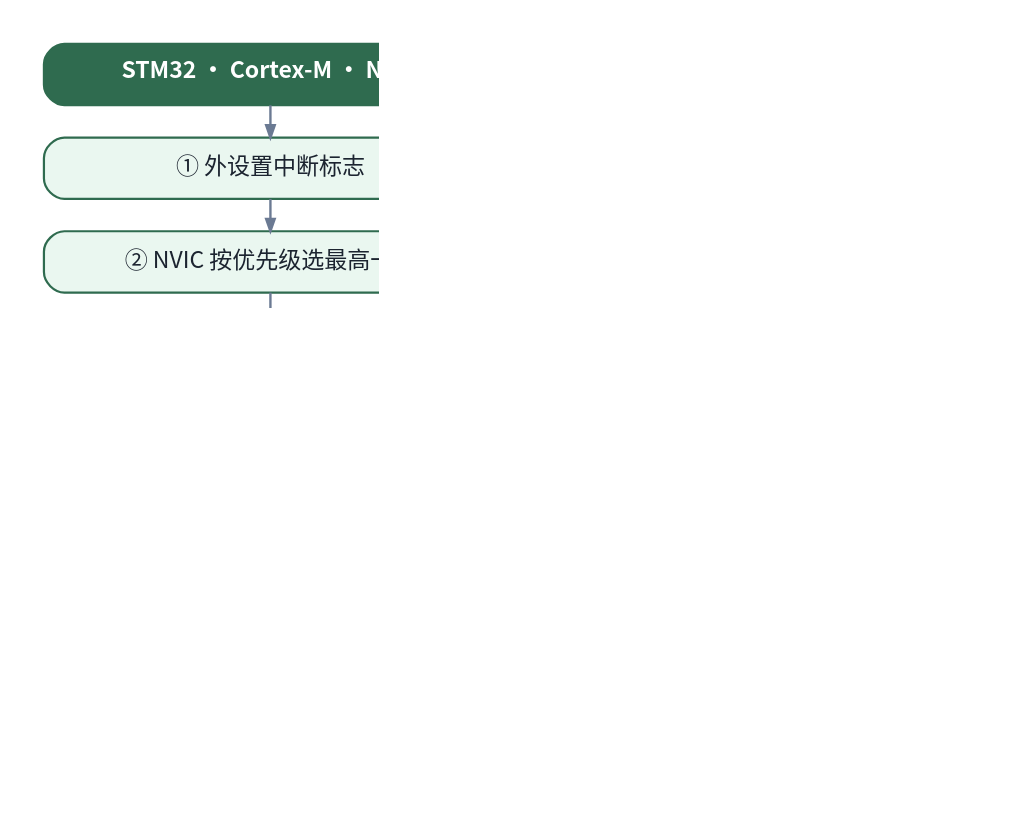
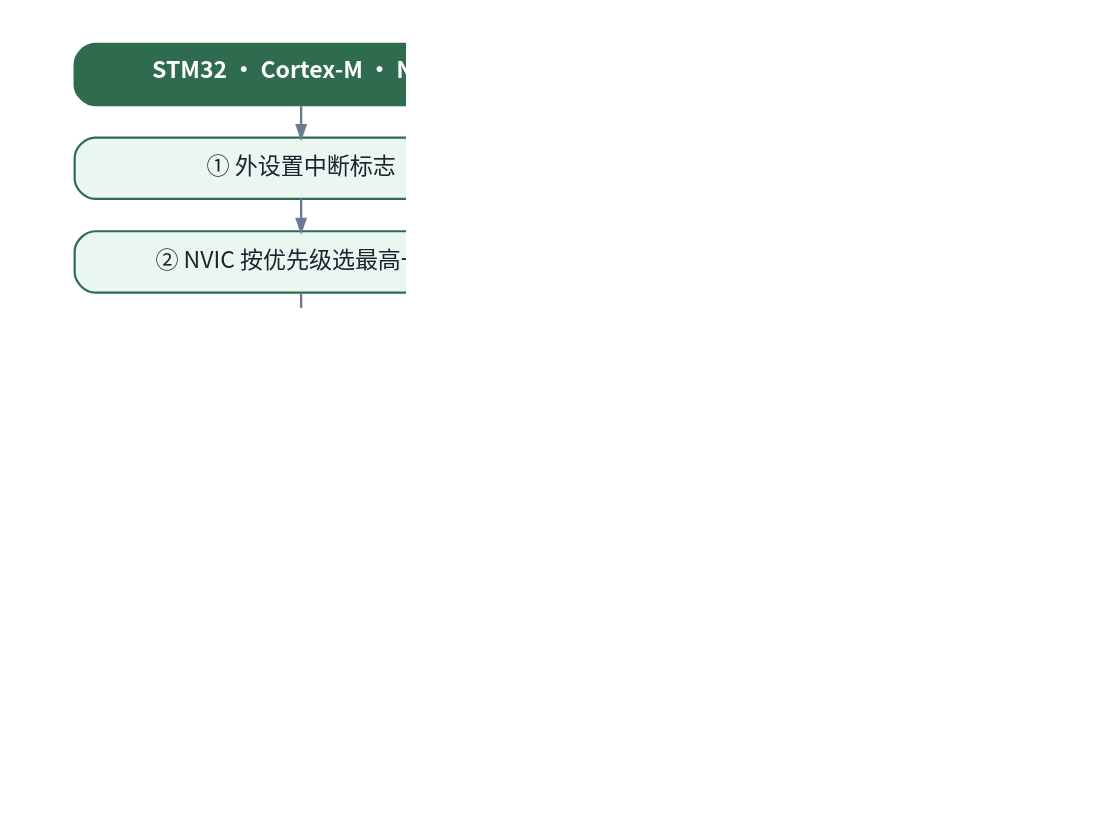
One commit to guotao-sun/embedded-knowledge-notes changed the diagram in images/kernel-irq-compare.dot. Above: the diagram before and after it, drawn with Graphviz. The commit also changed 2 other files, not shown here.

Commit message:
docs: 对比图与 04 章改用"跑软中断"替代生硬的"点火"表述

```diff
--- a/images/kernel-irq-compare.dot
+++ b/images/kernel-irq-compare.dot
@@ -1,45 +1,45 @@
 digraph C {
   graph [rankdir=TB, bgcolor="#ffffff", pad="0.35", nodesep="0.9", ranksep="0.26",
          fontname="Noto Sans CJK SC", dpi=210];
   node  [shape=box, style="rounded,filled", fontname="Noto Sans CJK SC", fontsize=13.5,
          margin="0.22,0.11", penwidth=1.3, fontcolor="#1c2430", width=3.7];
   edge  [color="#6b7a93", arrowsize=0.72, penwidth=1.4];
 
   hs [label=<<b>STM32 · Cortex-M · NVIC</b>>, fillcolor="#2f6b4f", fontcolor="white",
         color="#2f6b4f", margin="0.18,0.14"];
   hl [label=<<b>Linux · Cortex-A · GIC</b>>, fillcolor="#2f5d9e", fontcolor="white",
         color="#2f5d9e", margin="0.18,0.14"];
 
   s1 [label="① 外设置中断标志", fillcolor="#eaf7f0", color="#2f6b4f"];
   s2 [label="② NVIC 按优先级选最高一路", fillcolor="#eaf7f0", color="#2f6b4f"];
   s3 [label="③ 向量表基址 + 4×IRQn", fillcolor="#eaf7f0", color="#2f6b4f"];
   s4 [label="④ 硬件自动压栈 8 个寄存器", fillcolor="#fff5e2", color="#a4701d"];
   s5 [label="⑤ 直接跳 TIM2_IRQHandler", fillcolor="#eaf7f0", color="#2f6b4f"];
   s6 [label="⑥ 你的 ISR 从头做到尾", fillcolor="#eaf7f0", color="#2f6b4f", penwidth=2];
   s7 [label="⑦ 硬件自动出栈，返回原处", fillcolor="#f3f5fa", color="#5c6b85"];
   s8 [label="⑧ 没有下半部：全在 ISR 里", fillcolor="#f3f5fa", color="#9aa6b8", fontcolor="#6b7688"];
 
   l1 [label="① 外设置中断标志", fillcolor="#e6f0ff", color="#2f5d9e"];
   l2 [label="② GIC 汇总 → 拉高同一根 IRQ", fillcolor="#e6f0ff", color="#2f5d9e"];
   l3 [label="③ CPU 进统一入口 vector_irq", fillcolor="#e6f0ff", color="#2f5d9e"];
   l4 [label="④ svc_entry 软件保存现场", fillcolor="#fff5e2", color="#a4701d"];
   l5 [label="⑤ gic_handle_irq 读 INTACK 得 hwirq", fillcolor="#e6f0ff", color="#2f5d9e"];
   l6 [label="⑥ hwirq→virq → irq_desc → action", fillcolor="#e6f0ff", color="#2f5d9e"];
   l7 [label="⑦ 你的 handler：只做最急的事", fillcolor="#e6f0ff", color="#2f5d9e", penwidth=2];
-  l8 [label="⑧ irq_exit：点火下半部，再返回", fillcolor="#f3f5fa", color="#5c6b85"];
+  l8 [label="⑧ irq_exit：顺手跑软中断（下半部），再返回", fillcolor="#f3f5fa", color="#5c6b85"];
 
   hs -> s1; hl -> l1;
   s1 -> s2 -> s3 -> s4 -> s5 -> s6 -> s7 -> s8;
   l1 -> l2 -> l3 -> l4 -> l5 -> l6 -> l7 -> l8;
 
   {rank=same; hs; hl;}
   {rank=same; s1; l1;}
   {rank=same; s2; l2;}
   {rank=same; s3; l3;}
   {rank=same; s4; l4;}
   {rank=same; s5; l5;}
   {rank=same; s6; l6;}
   {rank=same; s7; l7;}
   {rank=same; s8; l8;}
   hs -> hl [style=invis];
 }
```
